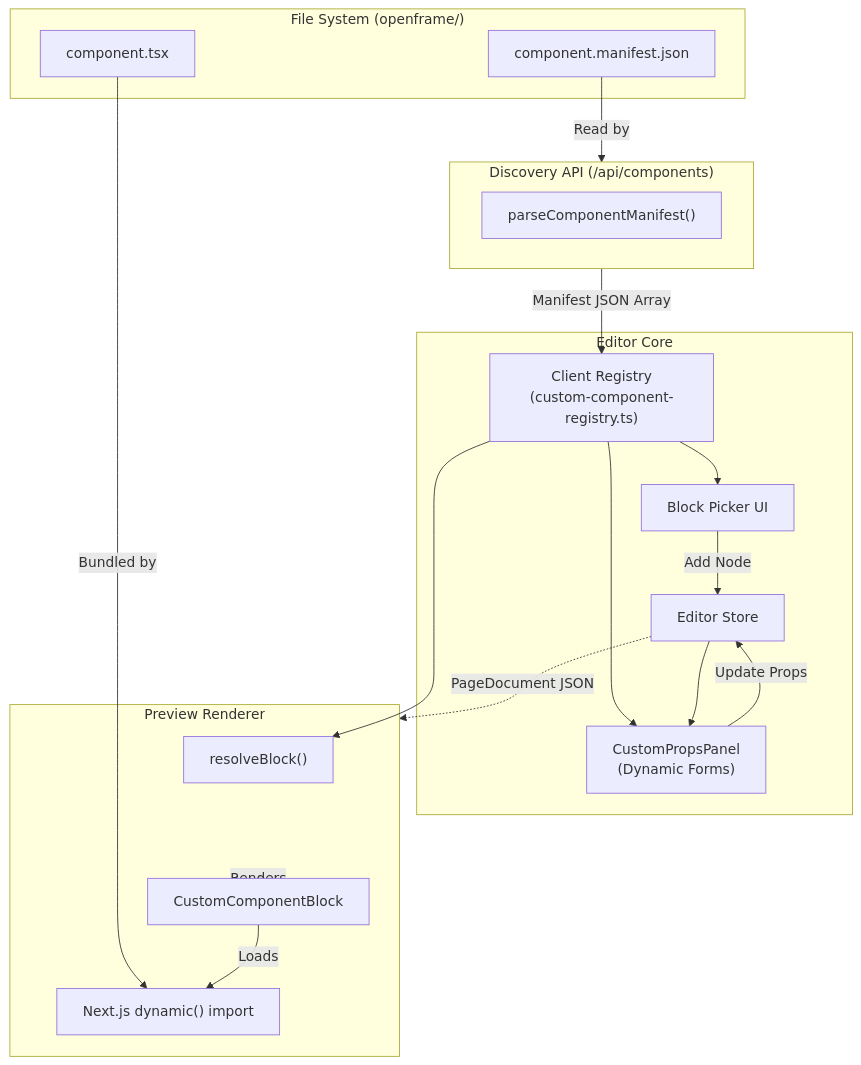
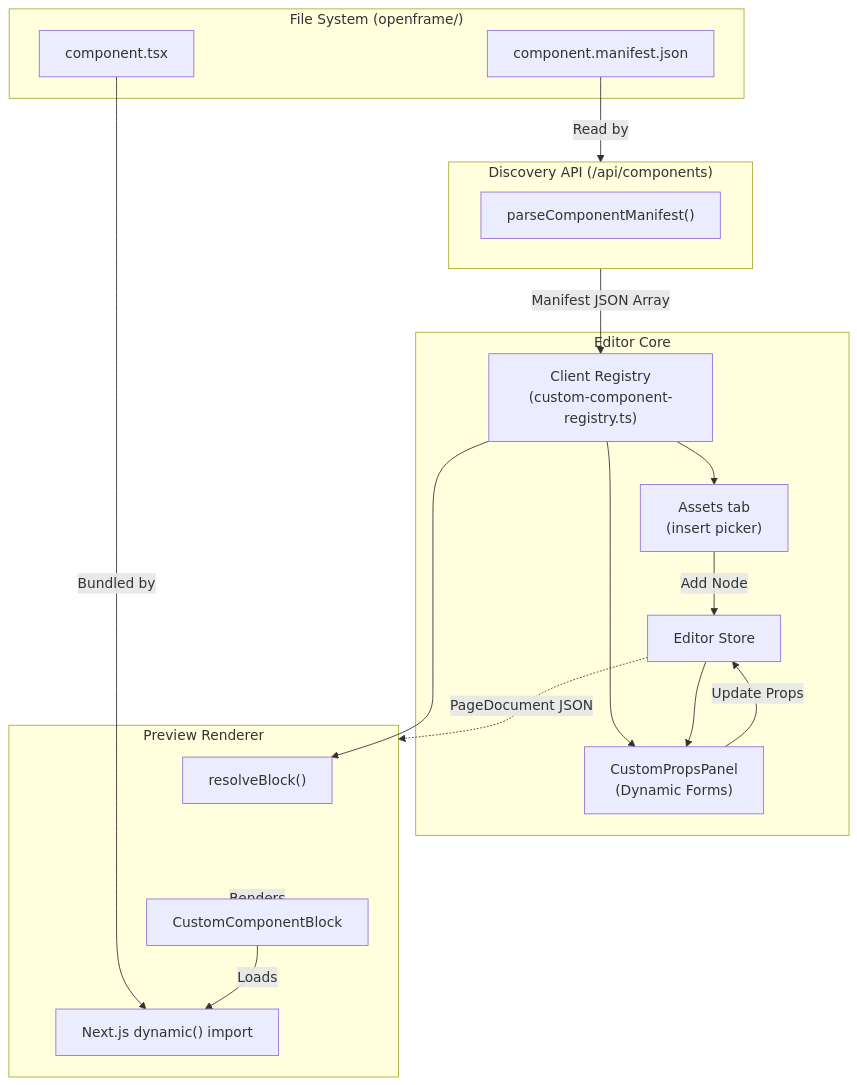
The diagram in docs/systems/CustomComponents.md (BenniKiel/OpenFrame), drawn with Mermaid before and after one commit. The commit also changed other lines of this file and 38 other files, not shown here.

````diff
--- a/docs/systems/CustomComponents.md
+++ b/docs/systems/CustomComponents.md
@@ -11,41 +11,41 @@
 ```mermaid
 flowchart TD
     subgraph FileSystem ["File System (openframe/)"]
         Manifest["component.manifest.json"]
         TSX["component.tsx"]
     end
 
     subgraph DiscoveryAPI ["Discovery API (/api/components)"]
         Parser["parseComponentManifest()"]
     end
 
     subgraph EditorCore ["Editor Core"]
-        Registry["Client Registry\n(custom-component-registry.ts)"]
-        Picker["Block Picker UI"]
-        PropsPanel["CustomPropsPanel\n(Dynamic Forms)"]
-        Store["Editor Store"]
+      Registry["Client Registry\n(custom-component-registry.ts)"]
+      AssetsTab["Assets tab\n(insert picker)"]
+      PropsPanel["CustomPropsPanel\n(Dynamic Forms)"]
+      Store["Editor Store"]
     end
 
     subgraph PreviewRenderer ["Preview Renderer"]
         ResolveBlock["resolveBlock()"]
         CustomBlock["CustomComponentBlock"]
         DynamicImport["Next.js dynamic() import"]
     end
 
     Manifest -->|Read by| DiscoveryAPI
     TSX -->|Bundled by| DynamicImport
     
     DiscoveryAPI -- "Manifest JSON Array" --> Registry
     
-    Registry --> Picker
+    Registry --> AssetsTab
     Registry --> PropsPanel
     Registry --> ResolveBlock
     
-    Picker -->|Add Node| Store
+    AssetsTab -->|Add Node| Store
     Store --> PropsPanel
     PropsPanel -->|Update Props| Store
     Store -.->|PageDocument JSON| PreviewRenderer
     
     PreviewRenderer -->|Renders| CustomBlock
     CustomBlock -->|Loads| DynamicImport
 ```
````
